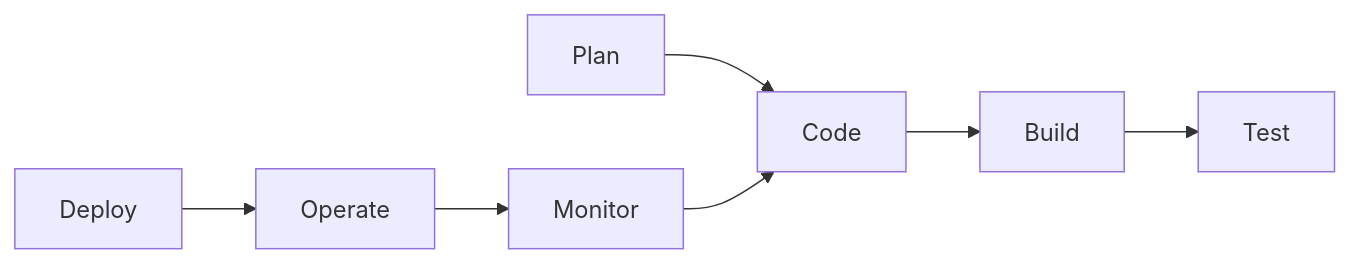
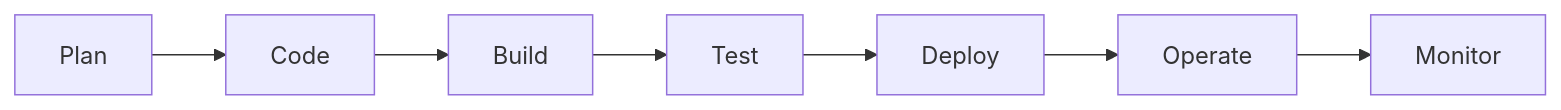
The diagram in README.md (enjangse88/enjangse88), drawn with Mermaid before and after one commit.

````diff
--- a/README.md
+++ b/README.md
@@ -31,11 +31,12 @@
 ```mermaid
 flowchart LR
     Plan --> Code
     Code  --> Build
     Build --> Test
+    Test --> Deploy
     Deploy --> Operate
     Operate --> Monitor
-    Monitor --> Code
+    
     
     
 ```
````
